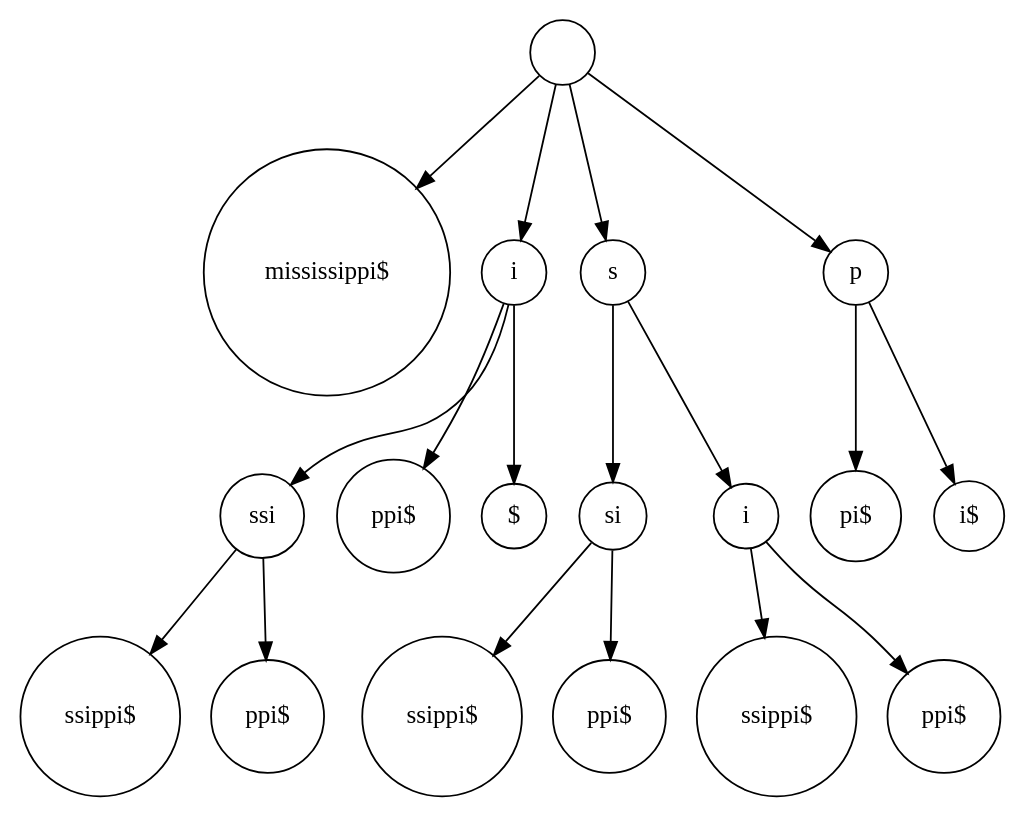
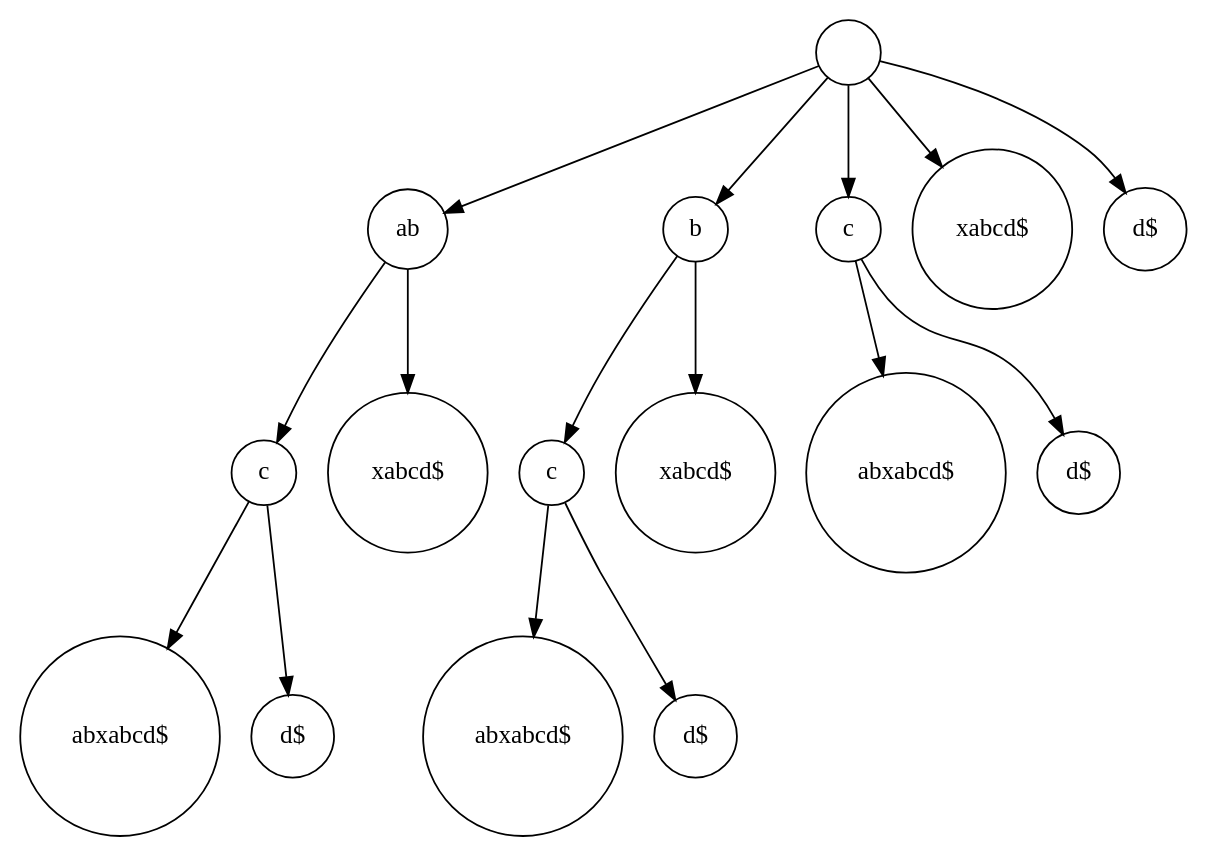
The diagram in Helix/end_0.dot (evertheylen/TA_TO), drawn with Graphviz before and after one commit. The commit also changed 3 other files, not shown here.

```diff
--- a/Helix/end_0.dot
+++ b/Helix/end_0.dot
@@ -1,44 +1,39 @@
 digraph suffix {
 	node [shape = circle];
 	0 [label= ""];
-	1 [label= "mississippi$"];
+	1 [label= "ab"];
 	0 -> 1;
-	2 [label= "i"];
-	0 -> 2;
-	2 [label= "i"];
-	3 [label= "ssi"];
+	1 [label= "ab"];
+	2 [label= "c"];
+	1 -> 2;
+	2 [label= "c"];
+	3 [label= "abxabcd$"];
 	2 -> 3;
-	3 [label= "ssi"];
-	4 [label= "ssippi$"];
-	3 -> 4;
-	5 [label= "ppi$"];
-	3 -> 5;
-	6 [label= "ppi$"];
-	2 -> 6;
-	7 [label= "$"];
-	2 -> 7;
-	8 [label= "s"];
-	0 -> 8;
-	8 [label= "s"];
-	9 [label= "si"];
-	8 -> 9;
-	9 [label= "si"];
-	10 [label= "ssippi$"];
-	9 -> 10;
-	11 [label= "ppi$"];
-	9 -> 11;
-	12 [label= "i"];
-	8 -> 12;
-	12 [label= "i"];
-	13 [label= "ssippi$"];
-	12 -> 13;
-	14 [label= "ppi$"];
-	12 -> 14;
-	15 [label= "p"];
+	4 [label= "d$"];
+	2 -> 4;
+	5 [label= "xabcd$"];
+	1 -> 5;
+	6 [label= "b"];
+	0 -> 6;
+	6 [label= "b"];
+	7 [label= "c"];
+	6 -> 7;
+	7 [label= "c"];
+	8 [label= "abxabcd$"];
+	7 -> 8;
+	9 [label= "d$"];
+	7 -> 9;
+	10 [label= "xabcd$"];
+	6 -> 10;
+	11 [label= "c"];
+	0 -> 11;
+	11 [label= "c"];
+	12 [label= "abxabcd$"];
+	11 -> 12;
+	13 [label= "d$"];
+	11 -> 13;
+	14 [label= "xabcd$"];
+	0 -> 14;
+	15 [label= "d$"];
 	0 -> 15;
-	15 [label= "p"];
-	16 [label= "pi$"];
-	15 -> 16;
-	17 [label= "i$"];
-	15 -> 17;
 }
```
